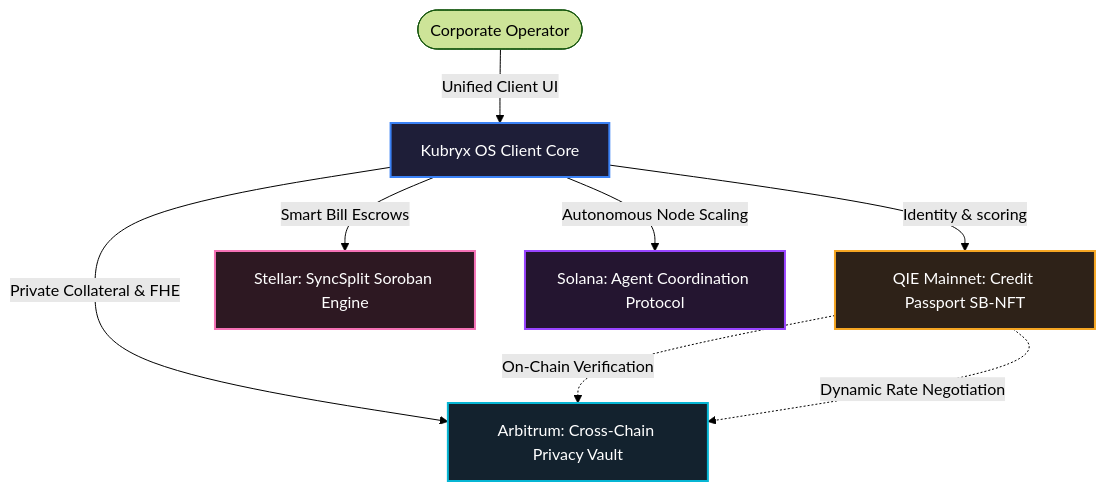
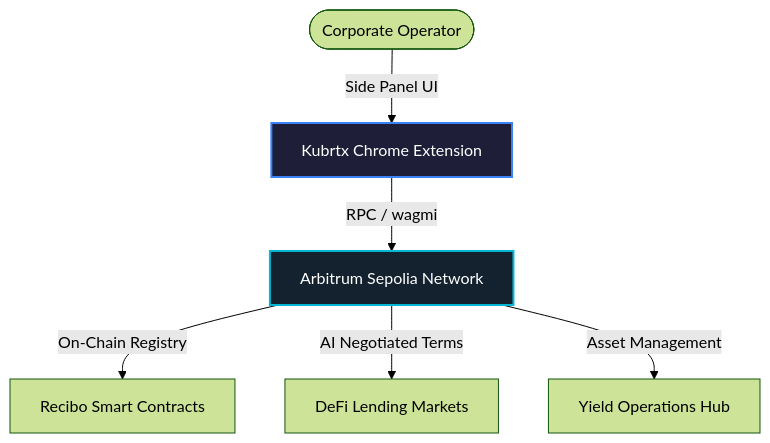
The diagram in README.md (rupeshkumarvs/RWAkinss), drawn with Mermaid (forest theme) before and after one commit. The commit also changed other lines of this file, not shown here.

Commit message:
docs: Update README for Ethereum Mexico 2026 hackathon and Arbitrum architecture

````diff
--- a/README.md
+++ b/README.md
@@ -13,17 +20,12 @@
 ```mermaid
 graph TD
-    User([Corporate Operator]) --> |Unified Client UI| OS[Kubryx OS Client Core]
-    OS --> |Identity & scoring| QIE[QIE Mainnet: Credit Passport SB-NFT]
-    OS --> |Private Collateral & FHE| ARB[Arbitrum: Cross-Chain Privacy Vault]
-    OS --> |Smart Bill Escrows| STEL[Stellar: SyncSplit Soroban Engine]
-    OS --> |Autonomous Node Scaling| SOL[Solana: Agent Coordination Protocol]
+    User([Corporate Operator]) --> |Side Panel UI| OS[Kubrtx Chrome Extension]
+    OS --> |RPC / wagmi| ARB[Arbitrum Sepolia Network]
     
-    QIE -.-> |On-Chain Verification| ARB
-    QIE -.-> |Dynamic Rate Negotiation| ARB
+    ARB --> |On-Chain Registry| Invoices[Recibo Smart Contracts]
+    ARB --> |AI Negotiated Terms| Lending[DeFi Lending Markets]
+    ARB --> |Asset Management| Treasury[Yield Operations Hub]
     
     style OS fill:#1e1e38,stroke:#3b82f6,stroke-width:2px,color:#fff
-    style QIE fill:#2e2218,stroke:#f5a623,stroke-width:2px,color:#fff
     style ARB fill:#13222e,stroke:#06b6d4,stroke-width:2px,color:#fff
-    style STEL fill:#2d1822,stroke:#f472b6,stroke-width:2px,color:#fff
-    style SOL fill:#241530,stroke:#9945ff,stroke-width:2px,color:#fff
 ```
````
